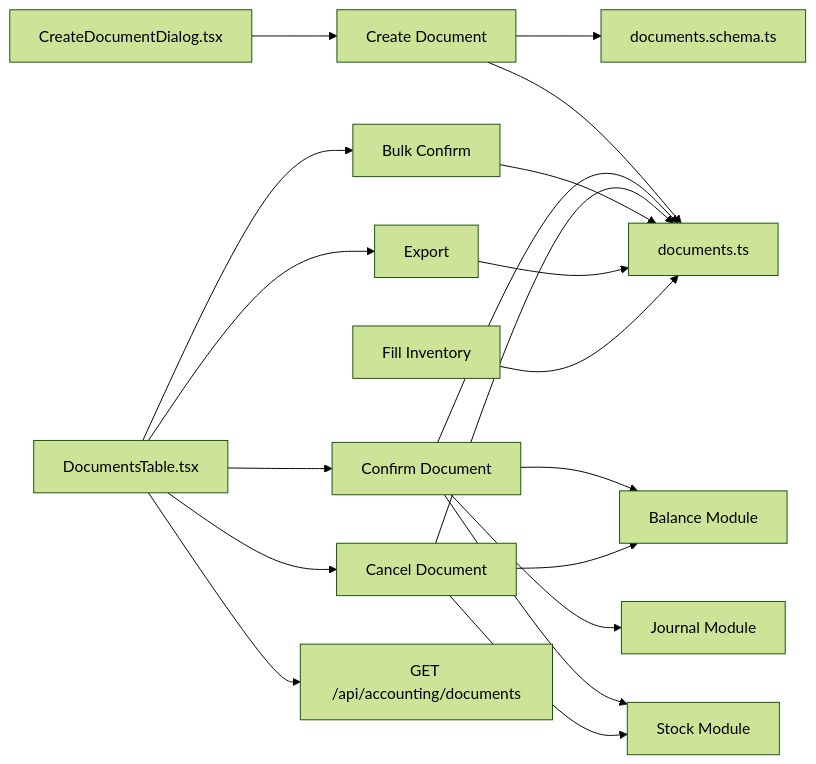
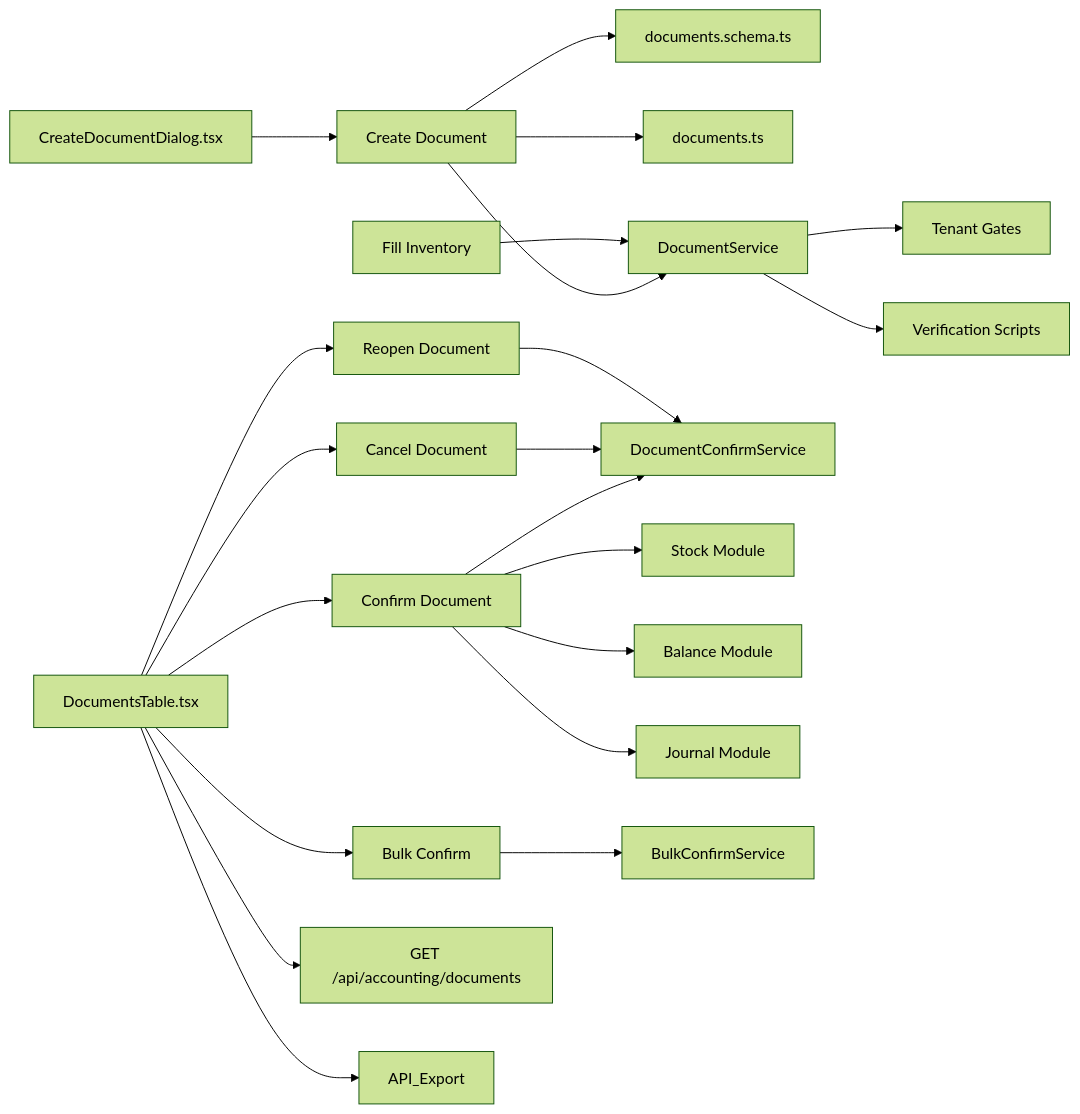
The tenth of 10 diagrams in .qoder/repowiki/en/content/Accounting Module/Document Management System.md (nzey11/erp-new), drawn with Mermaid (forest theme) before and after one commit. The commit also changed other lines of this file and 46 other files, not shown here.

````diff
--- a/.qoder/repowiki/en/content/Accounting Module/Document Management System.md
+++ b/.qoder/repowiki/en/content/Accounting Module/Document Management System.md
@@ -458,21 +649,23 @@
 ```mermaid
 graph LR
 API_Create["Create Document"] --> Schema["documents.schema.ts"]
 API_Create --> DocUtils["documents.ts"]
-API_Confirm["Confirm Document"] --> DocUtils
+API_Create --> DocService["DocumentService"]
+API_Confirm["Confirm Document"] --> DocConfirm["DocumentConfirmService"]
 API_Confirm --> Stock["Stock Module"]
 API_Confirm --> Balance["Balance Module"]
 API_Confirm --> Journal["Journal Module"]
-API_Cancel["Cancel Document"] --> DocUtils
-API_Cancel --> Stock
-API_Cancel --> Balance
-API_Bulk["Bulk Confirm"] --> DocUtils
-API_Export["Export"] --> DocUtils
-API_Fill["Fill Inventory"] --> DocUtils
+API_Cancel["Cancel Document"] --> DocConfirm
+API_Reopen["Reopen Document"] --> DocConfirm
+API_Bulk["Bulk Confirm"] --> BulkService["BulkConfirmService"]
+API_Fill["Fill Inventory"] --> DocService
 FE_Table["DocumentsTable.tsx"] --> API_List["GET /api/accounting/documents"]
 FE_Table --> API_Confirm
 FE_Table --> API_Cancel
+FE_Table --> API_Reopen
 FE_Table --> API_Bulk
 FE_Table --> API_Export
 FE_Dialog["CreateDocumentDialog.tsx"] --> API_Create
+DocService --> TenantGates["Tenant Gates"]
+DocService --> Verification["Verification Scripts"]
 ```
````
